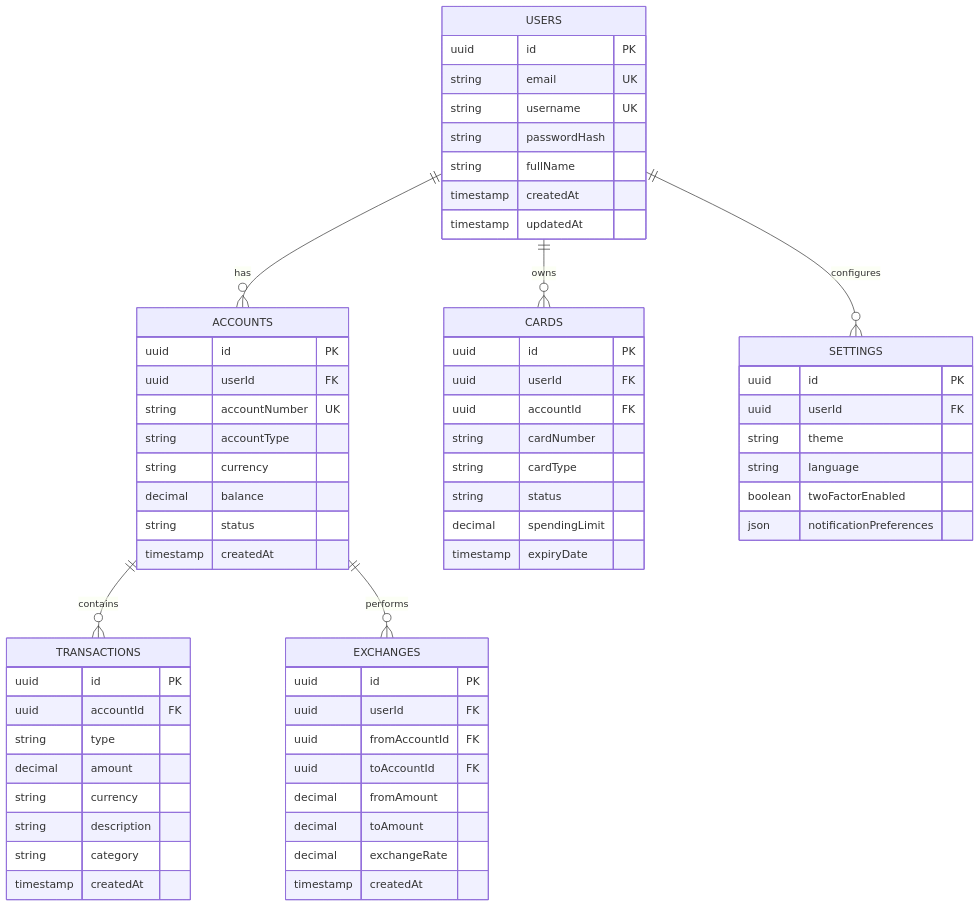
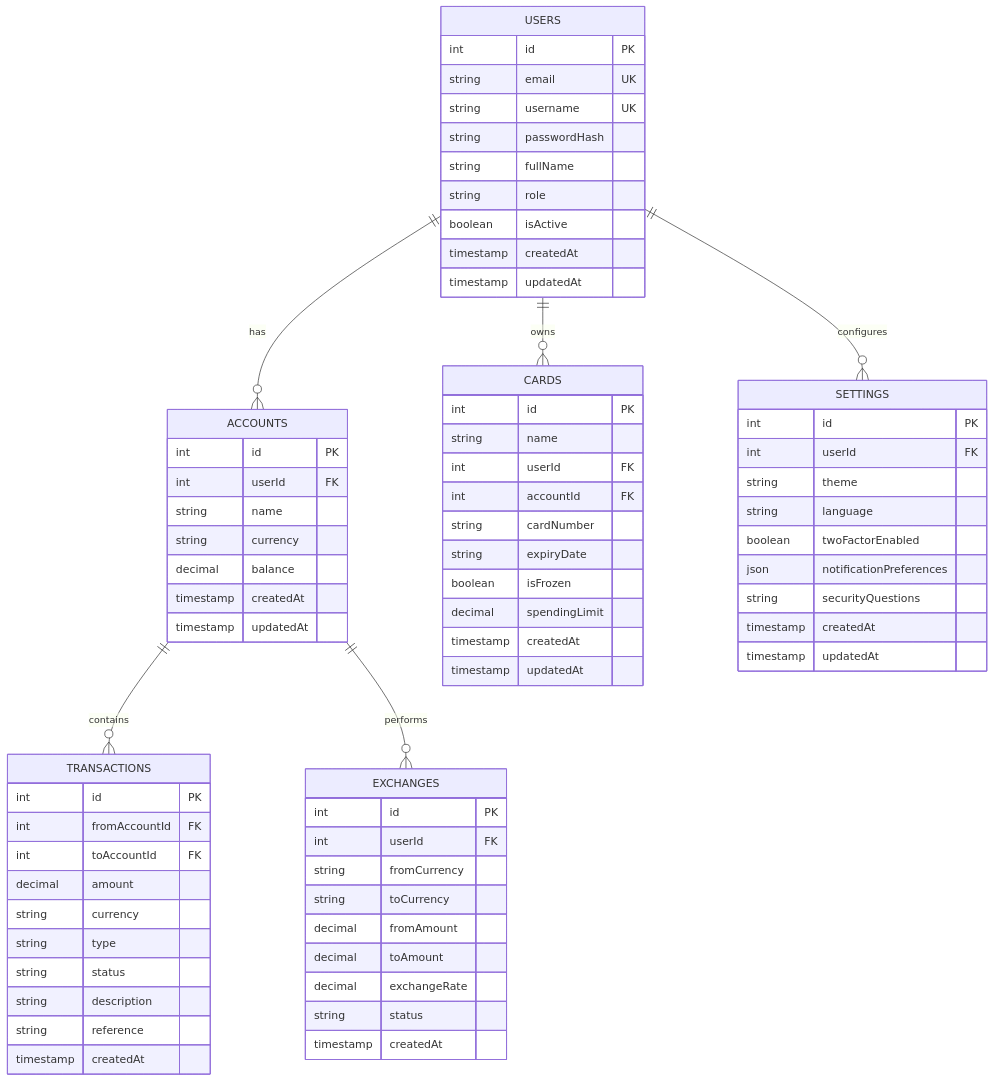
One commit to ohyesiamy/SchwarzesSchild-4 changed the diagram in 要件定義書.md. Above: the diagram before and after it, drawn with Mermaid. The commit also changed other lines of this file and 13 other files, not shown here.

````diff
--- a/要件定義書.md
+++ b/要件定義書.md
@@ -167,71 +169,80 @@
 ```mermaid
 erDiagram
     USERS ||--o{ ACCOUNTS : has
     USERS ||--o{ CARDS : owns
     USERS ||--o{ SETTINGS : configures
     ACCOUNTS ||--o{ TRANSACTIONS : contains
     ACCOUNTS ||--o{ EXCHANGES : performs
     
     USERS {
-        uuid id PK
+        int id PK
         string email UK
         string username UK
         string passwordHash
         string fullName
+        string role
+        boolean isActive
         timestamp createdAt
         timestamp updatedAt
     }
     
     ACCOUNTS {
-        uuid id PK
-        uuid userId FK
-        string accountNumber UK
-        string accountType
+        int id PK
+        int userId FK
+        string name
         string currency
         decimal balance
+        timestamp createdAt
+        timestamp updatedAt
+    }
+    
+    TRANSACTIONS {
+        int id PK
+        int fromAccountId FK
+        int toAccountId FK
+        decimal amount
+        string currency
+        string type
+        string status
+        string description
+        string reference
+        timestamp createdAt
+    }
+    
+    CARDS {
+        int id PK
+        string name
+        int userId FK
+        int accountId FK
+        string cardNumber
+        string expiryDate
+        boolean isFrozen
+        decimal spendingLimit
+        timestamp createdAt
+        timestamp updatedAt
+    }
+    
+    EXCHANGES {
+        int id PK
+        int userId FK
+        string fromCurrency
+        string toCurrency
+        decimal fromAmount
+        decimal toAmount
+        decimal exchangeRate
         string status
         timestamp createdAt
     }
     
-    TRANSACTIONS {
-        uuid id PK
-        uuid accountId FK
-        string type
-        decimal amount
-        string currency
-        string description
-        string category
-        timestamp createdAt
-    }
-    
-    CARDS {
-        uuid id PK
-        uuid userId FK
-        uuid accountId FK
-        string cardNumber
-        string cardType
-        string status
-        decimal spendingLimit
-        timestamp expiryDate
-    }
-    
-    EXCHANGES {
-        uuid id PK
-        uuid userId FK
-        uuid fromAccountId FK
-        uuid toAccountId FK
-        decimal fromAmount
-        decimal toAmount
-        decimal exchangeRate
-        timestamp createdAt
-    }
-    
     SETTINGS {
-        uuid id PK
-        uuid userId FK
+        int id PK
+        int userId FK
         string theme
         string language
         boolean twoFactorEnabled
         json notificationPreferences
+        string securityQuestions
+        timestamp createdAt
+        timestamp updatedAt
     }
 ```
````
